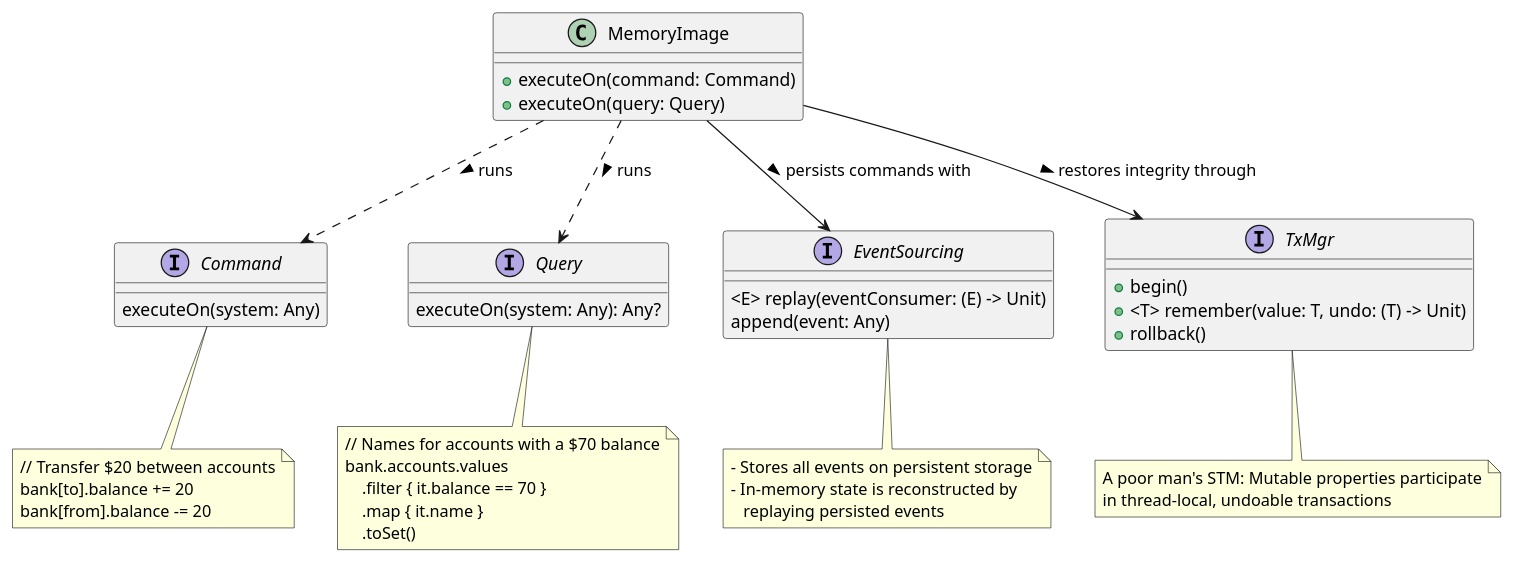
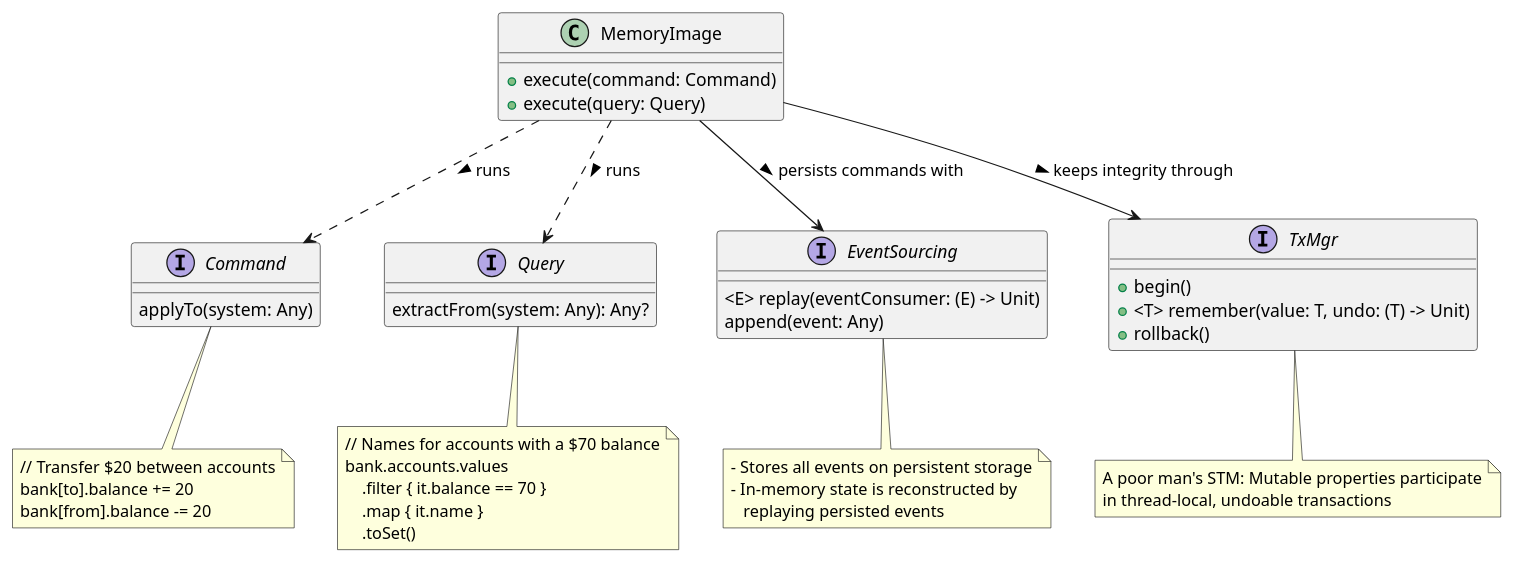
One commit to xrrocha/kmemimg changed the diagram in kmemimg.puml. Above: the diagram before and after it, drawn with PlantUML. The commit also changed 8 other files, not shown here.

```diff
--- a/kmemimg.puml
+++ b/kmemimg.puml
@@ -1,55 +1,55 @@
 @startuml
 
-together {
-    interface Command {
-        executeOn(system: Any)
-    }
-    note bottom of Command
-        // Transfer $20 between accounts
-        bank[to].balance += 20
-        bank[from].balance -= 20
-    end note
-
-    interface Query {
-        executeOn(system: Any): Any?
-    }
-    note bottom of Query
-        // Names for accounts with a $70 balance
-        bank.accounts.values
-            .filter { it.balance == 70 }
-            .map { it.name }
-            .toSet()
-    end note
+class MemoryImage {
+    + execute(command: Command)
+    + execute(query: Query)
 }
+MemoryImage ..> Command: runs >
+MemoryImage ..> Query: runs >
+MemoryImage --> EventSourcing: persists commands with >
+MemoryImage --> TxMgr: keeps integrity through >
 
 together {
     interface EventSourcing {
         <E> replay(eventConsumer: (E) -> Unit)
         append(event: Any)
     }
     note bottom of EventSourcing
         - Stores all events on persistent storage
         - In-memory state is reconstructed by
            replaying persisted events
     end note
     interface TxMgr {
         + begin()
         + <T> remember(value: T, undo: (T) -> Unit)
         + rollback()
     }
     note bottom of TxMgr
         A poor man's STM: Mutable properties participate
         in thread-local, undoable transactions
     end note
 }
 
-class MemoryImage {
-    + executeOn(command: Command)
-    + executeOn(query: Query)
+together {
+    interface Command {
+        applyTo(system: Any)
+    }
+    note bottom of Command
+        // Transfer $20 between accounts
+        bank[to].balance += 20
+        bank[from].balance -= 20
+    end note
+
+    interface Query {
+        extractFrom(system: Any): Any?
+    }
+    note bottom of Query
+        // Names for accounts with a $70 balance
+        bank.accounts.values
+            .filter { it.balance == 70 }
+            .map { it.name }
+            .toSet()
+    end note
 }
-MemoryImage ..> Command: runs >
-MemoryImage ..> Query: runs >
-MemoryImage --> EventSourcing: persists commands with >
-MemoryImage --> TxMgr: restores integrity through >
 
 @enduml
```
